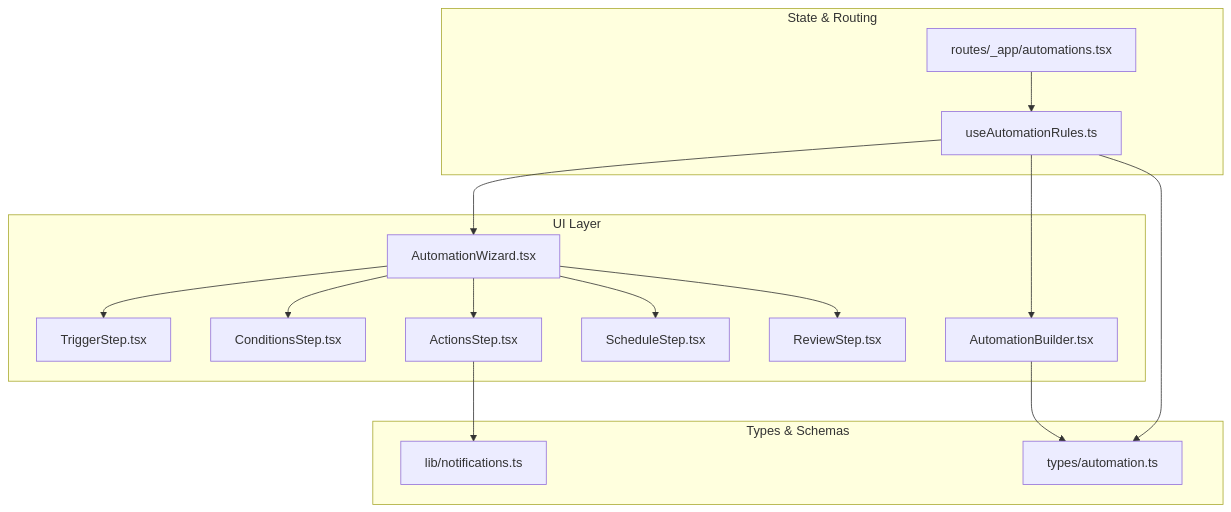
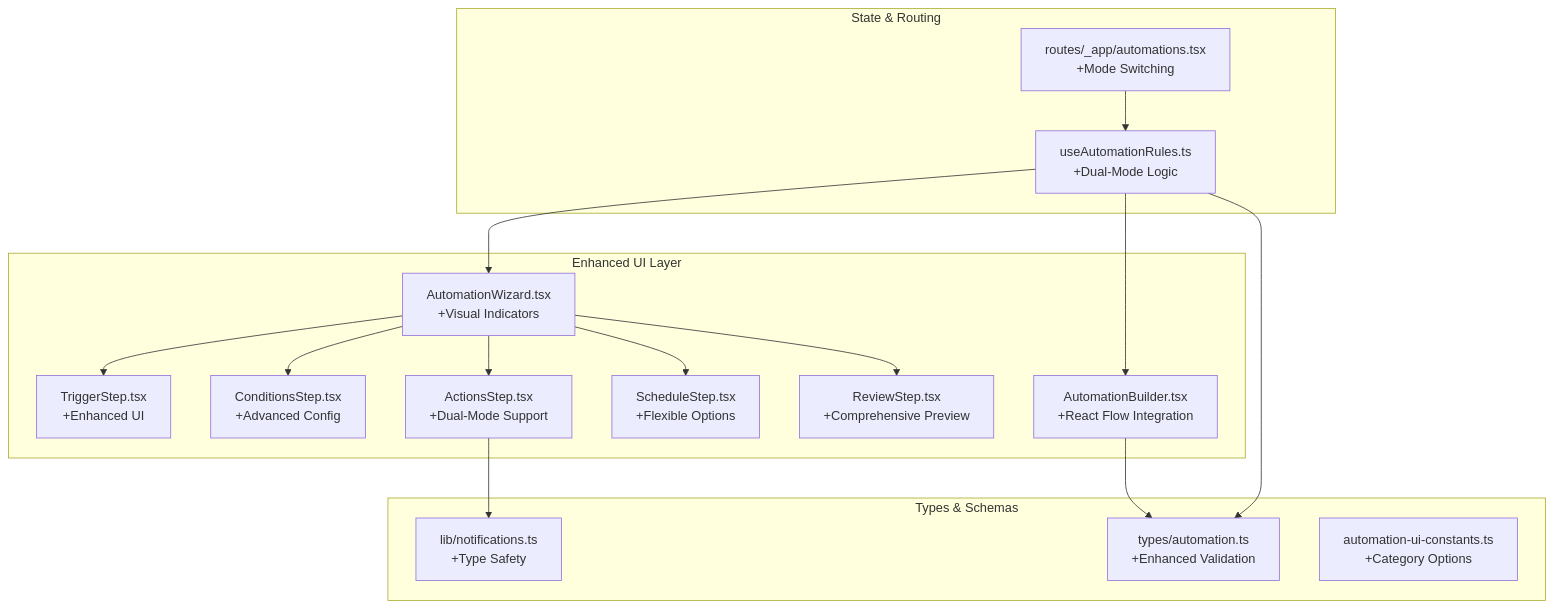
Before and after one commit to gastaldellomarco/pcReady: the first of 10 diagrams in .qoder/repowiki/en/content/Automation System/Automation Flow Builder.md, drawn with Mermaid. The commit also changed other lines of this file and 19 other files, not shown here.

First line of the commit message:
feat(automation): enhance Automation Flow Builder with dual-mode design and advanced UI

````diff
--- a/.qoder/repowiki/en/content/Automation System/Automation Flow Builder.md
+++ b/.qoder/repowiki/en/content/Automation System/Automation Flow Builder.md
@@ -41,31 +52,32 @@
 ```mermaid
 graph TB
-subgraph "UI Layer"
-AWZ["AutomationWizard.tsx"]
-TS["TriggerStep.tsx"]
-CS["ConditionsStep.tsx"]
-AS["ActionsStep.tsx"]
-SS["ScheduleStep.tsx"]
-RS["ReviewStep.tsx"]
-AB["AutomationBuilder.tsx"]
+subgraph "Enhanced UI Layer"
+AWZ["AutomationWizard.tsx<br/>+Visual Indicators"]
+TS["TriggerStep.tsx<br/>+Enhanced UI"]
+CS["ConditionsStep.tsx<br/>+Advanced Config"]
+AS["ActionsStep.tsx<br/>+Dual-Mode Support"]
+SS["ScheduleStep.tsx<br/>+Flexible Options"]
+RS["ReviewStep.tsx<br/>+Comprehensive Preview"]
+AB["AutomationBuilder.tsx<br/>+React Flow Integration"]
 end
 subgraph "State & Routing"
-HAR["useAutomationRules.ts"]
-ROUTE["routes/_app/automations.tsx"]
+HAR["useAutomationRules.ts<br/>+Dual-Mode Logic"]
+ROUTE["routes/_app/automations.tsx<br/>+Mode Switching"]
 end
 subgraph "Types & Schemas"
-TYPES["types/automation.ts"]
-NOTIF["lib/notifications.ts"]
+TYPES["types/automation.ts<br/>+Enhanced Validation"]
+NOTIF["lib/notifications.ts<br/>+Type Safety"]
+CONST["automation-ui-constants.ts<br/>+Category Options"]
 end
 ROUTE --> HAR
 HAR --> AWZ
 HAR --> AB
 AWZ --> TS
 AWZ --> CS
 AWZ --> AS
 AWZ --> SS
 AWZ --> RS
 AS --> NOTIF
 AB --> TYPES
 HAR --> TYPES
 ```
````
